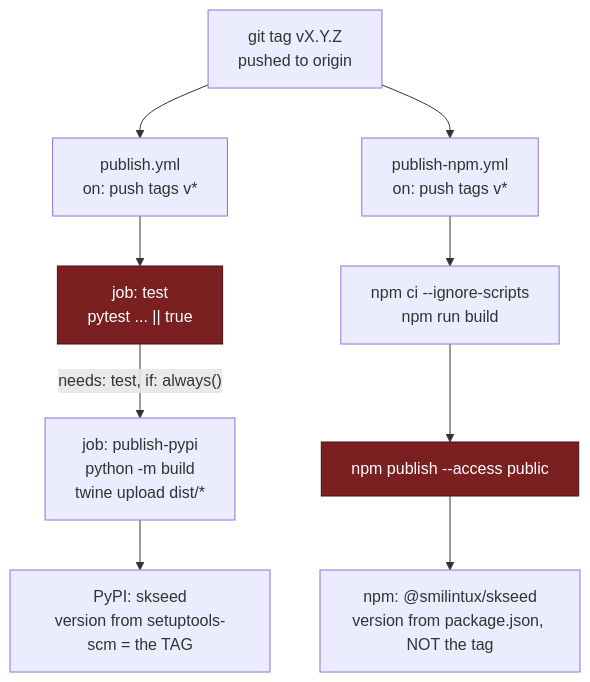
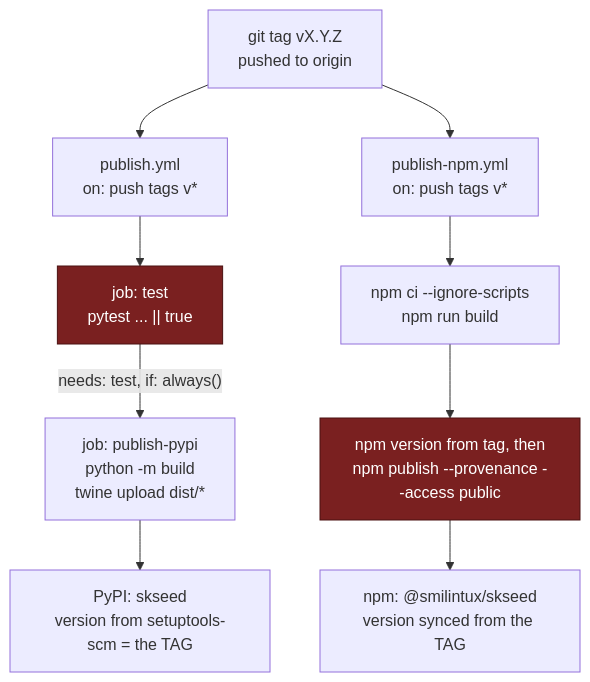
The second of 2 diagrams in SOP.md (smilinTux/skseed), drawn with Mermaid before and after one commit. The commit also changed other lines of this file and 3 other files, not shown here.

First line of the commit message:
fix(npm): bump package.json to 0.1.10 and take the npm version from the tag (#13)

````diff
--- a/SOP.md
+++ b/SOP.md
@@ -281,16 +281,16 @@
 ```mermaid
 flowchart TD
     T["git tag vX.Y.Z<br/>pushed to origin"] --> A["publish.yml<br/>on: push tags v*"]
     T --> B["publish-npm.yml<br/>on: push tags v*"]
 
     A --> A1["job: test<br/>pytest ... || true"]
     A1 -->|"needs: test, if: always()"| A2["job: publish-pypi<br/>python -m build<br/>twine upload dist/*"]
     A2 --> PYPI["PyPI: skseed<br/>version from setuptools-scm = the TAG"]
 
     B --> B1["npm ci --ignore-scripts<br/>npm run build"]
-    B1 --> B2["npm publish --access public"]
-    B2 --> NPM["npm: @smilintux/skseed<br/>version from package.json, NOT the tag"]
+    B1 --> B2["npm version from tag, then<br/>npm publish --provenance --access public"]
+    B2 --> NPM["npm: @smilintux/skseed<br/>version synced from the TAG"]
 
     classDef warn fill:#7a2020,color:#fff,stroke:#4a1010
     class A1,B2 warn
 ```
````
